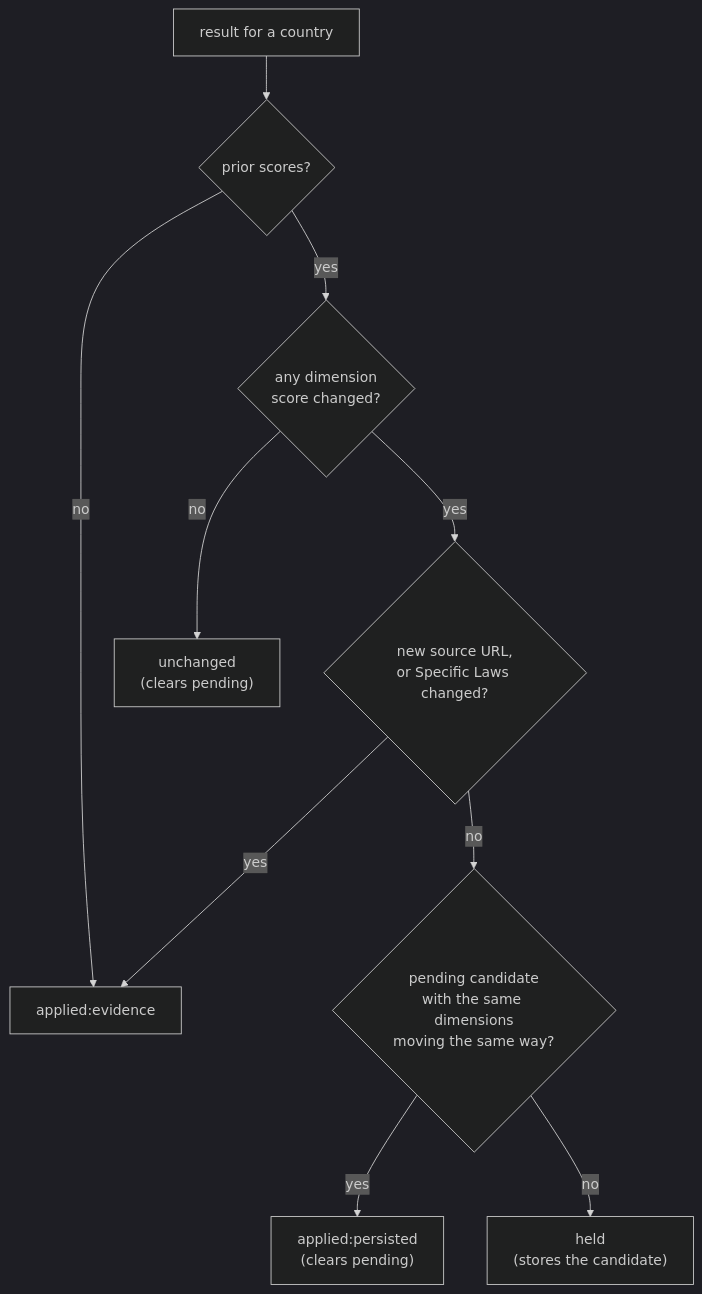
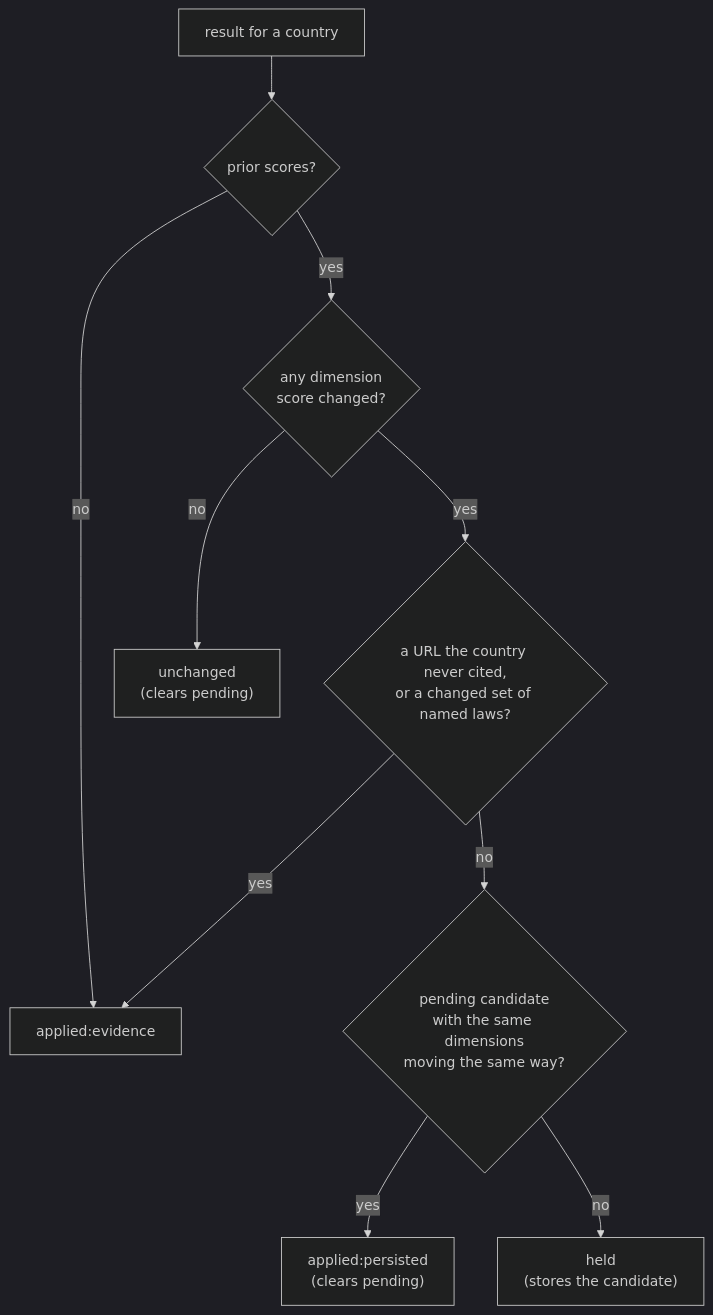
Before and after one commit to riadeane/airegulationmap: the seventh of 9 diagrams in scripts/regulation_pipeline/README.md, drawn with Mermaid (dark theme). The commit also changed other lines of this file and 7 other files, not shown here.

````diff
--- a/scripts/regulation_pipeline/README.md
+++ b/scripts/regulation_pipeline/README.md
@@ -355,12 +355,12 @@
 ```mermaid
 flowchart TD
     A["result for a country"] --> B{"prior scores?"}
     B -- no --> E["applied:evidence"]
     B -- yes --> C{"any dimension<br/>score changed?"}
     C -- no --> U["unchanged<br/>(clears pending)"]
-    C -- yes --> D{"new source URL,<br/>or Specific Laws changed?"}
+    C -- yes --> D{"a URL the country never cited,<br/>or a changed set of named laws?"}
     D -- yes --> E
     D -- no --> P{"pending candidate<br/>with the same dimensions<br/>moving the same way?"}
     P -- yes --> Q["applied:persisted<br/>(clears pending)"]
     P -- no --> H["held<br/>(stores the candidate)"]
 ```
````
